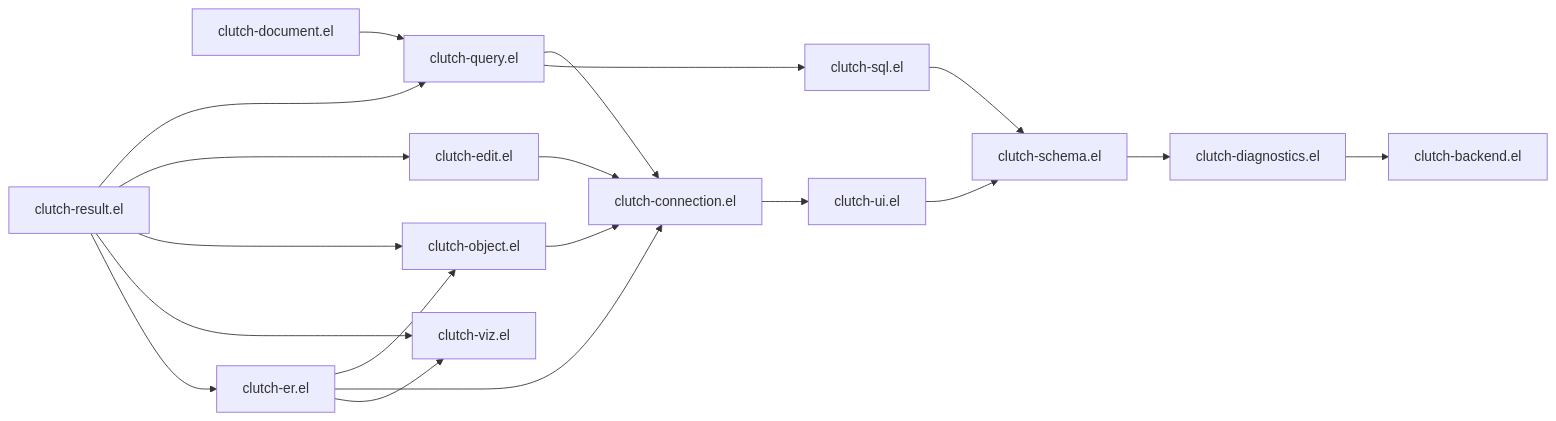
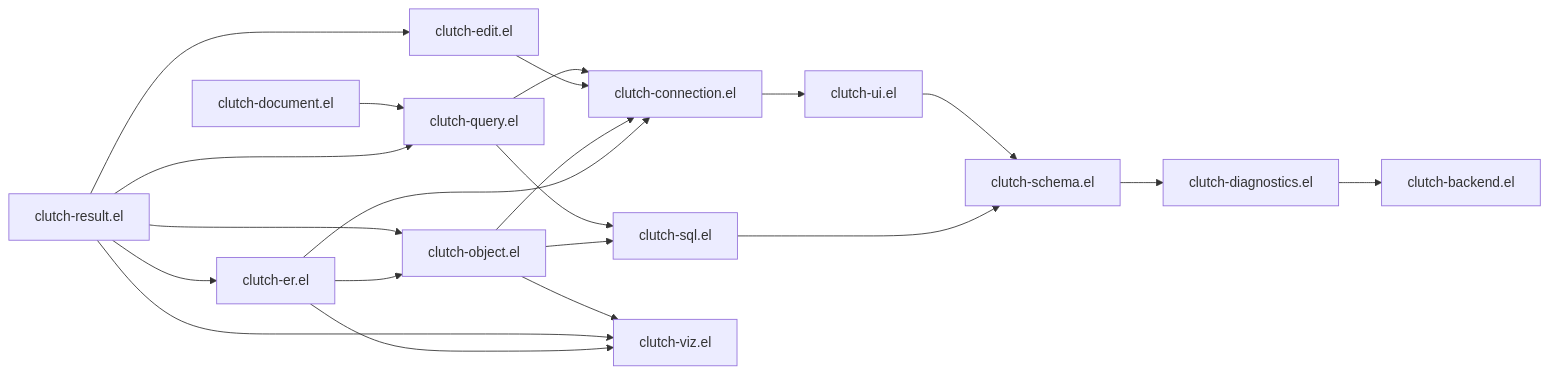
Before and after one commit to LuciusChen/clutch: the second of 7 diagrams in docs/architecture.md, drawn with Mermaid. The commit also changed other lines of this file and 9 other files, not shown here.

````diff
--- a/docs/architecture.md
+++ b/docs/architecture.md
@@ -95,35 +91,37 @@
 ```mermaid
 flowchart LR
   Backend["clutch-backend.el"]
   Diagnostics["clutch-diagnostics.el"]
   Schema["clutch-schema.el"]
   UI["clutch-ui.el"]
   SQL["clutch-sql.el"]
   Conn["clutch-connection.el"]
   Query["clutch-query.el"]
   Document["clutch-document.el"]
   Edit["clutch-edit.el"]
   Object["clutch-object.el"]
   Result["clutch-result.el"]
   ER["clutch-er.el"]
   Viz["clutch-viz.el"]
 
   Diagnostics --> Backend
   Schema --> Diagnostics
   UI --> Schema
   SQL --> Schema
   Conn --> UI
   Query --> Conn
   Query --> SQL
   Document --> Query
   Edit --> Conn
   Object --> Conn
+  Object --> SQL
+  Object --> Viz
   Result --> Query
   Result --> Edit
   Result --> Object
   Result --> Viz
   Result --> ER
   ER --> Object
   ER --> Conn
   ER --> Viz
 ```
````
